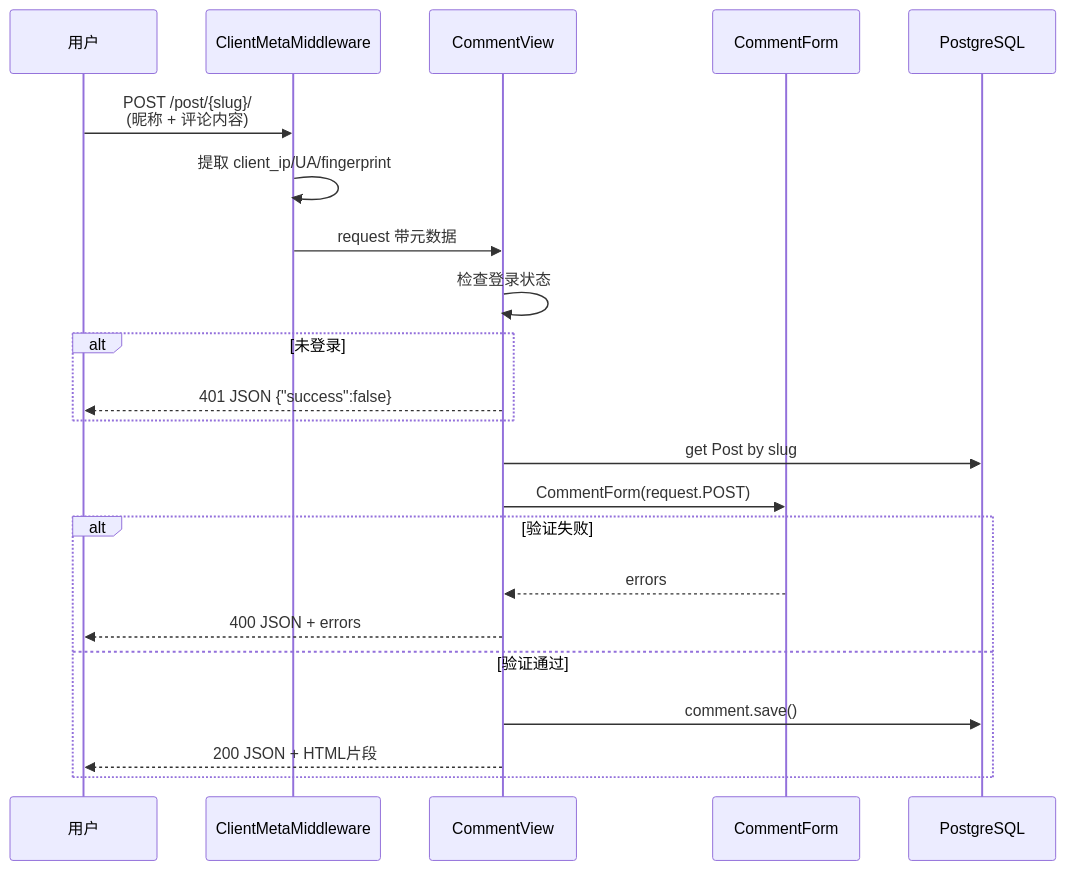
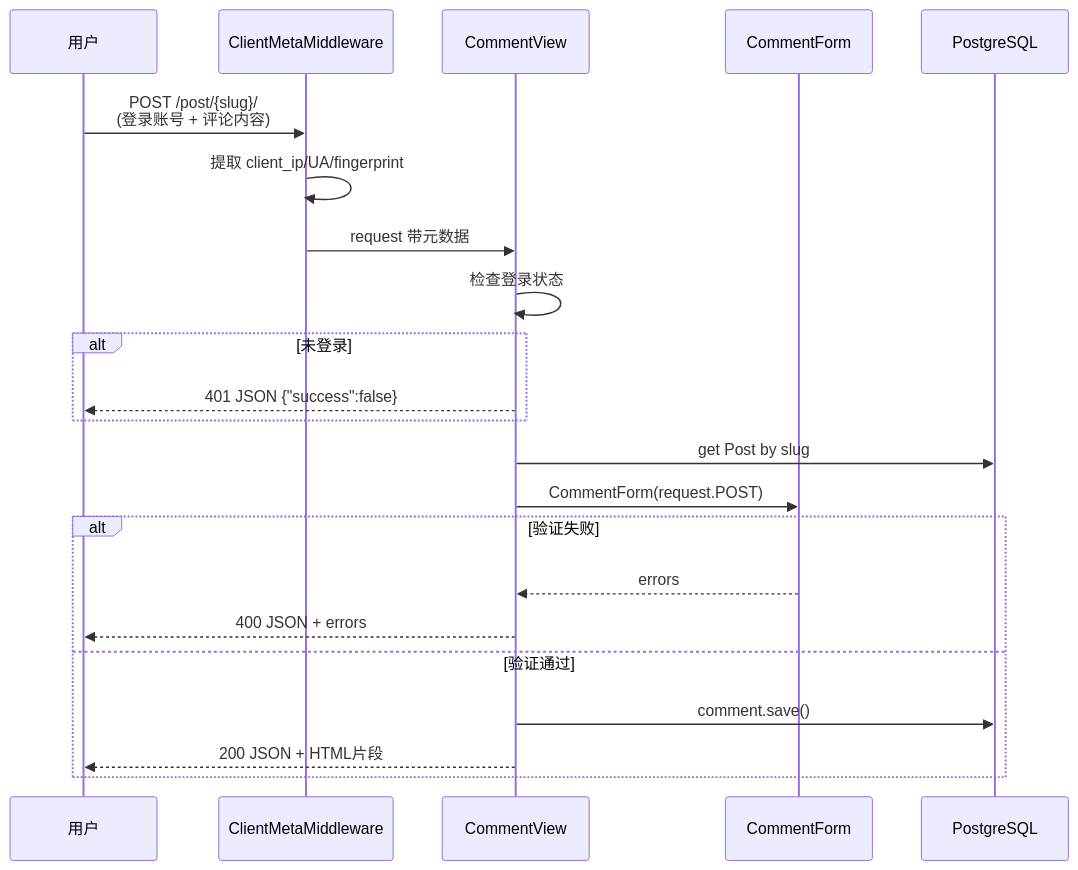
The fourth of 7 diagrams in comment/DEVELOPMENT.md (se-veN714/PowerAdapterBlogs), drawn with Mermaid before and after one commit. The commit also changed other lines of this file and 83 other files, not shown here.

````diff
--- a/comment/DEVELOPMENT.md
+++ b/comment/DEVELOPMENT.md
@@ -132,25 +137,25 @@
 ```mermaid
 sequenceDiagram
     participant User as 用户
     participant MW as ClientMetaMiddleware
     participant View as CommentView
     participant Form as CommentForm
     participant DB as PostgreSQL
 
-    User->>MW: POST /post/{slug}/ <br/> (昵称 + 评论内容)
+    User->>MW: POST /post/{slug}/ <br/> (登录账号 + 评论内容)
     MW->>MW: 提取 client_ip/UA/fingerprint
     MW->>View: request 带元数据
     View->>View: 检查登录状态
     alt 未登录
         View-->>User: 401 JSON {"success":false}
     end
     View->>DB: get Post by slug
     View->>Form: CommentForm(request.POST)
     alt 验证失败
         Form-->>View: errors
         View-->>User: 400 JSON + errors
     else 验证通过
         View->>DB: comment.save()
         View-->>User: 200 JSON + HTML片段
     end
 ```
````
